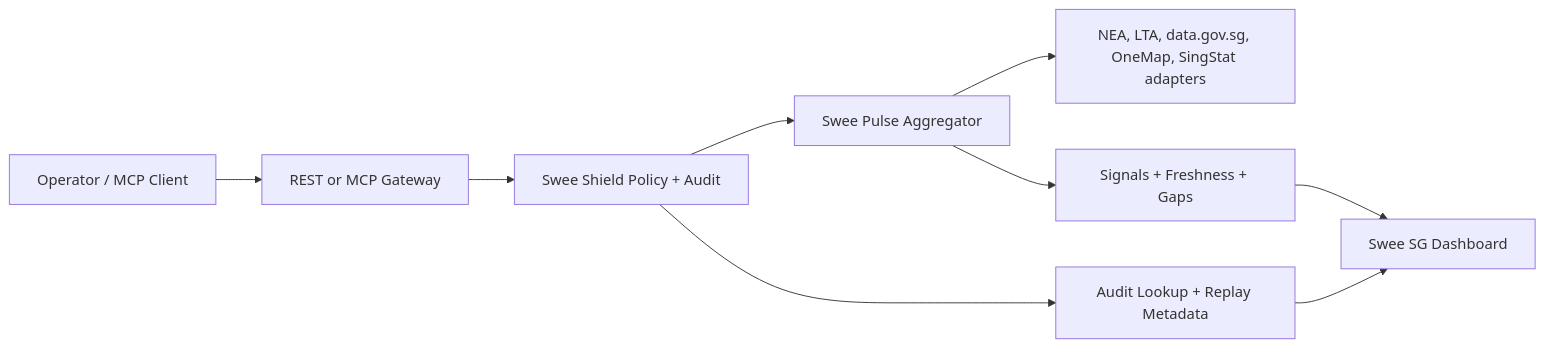
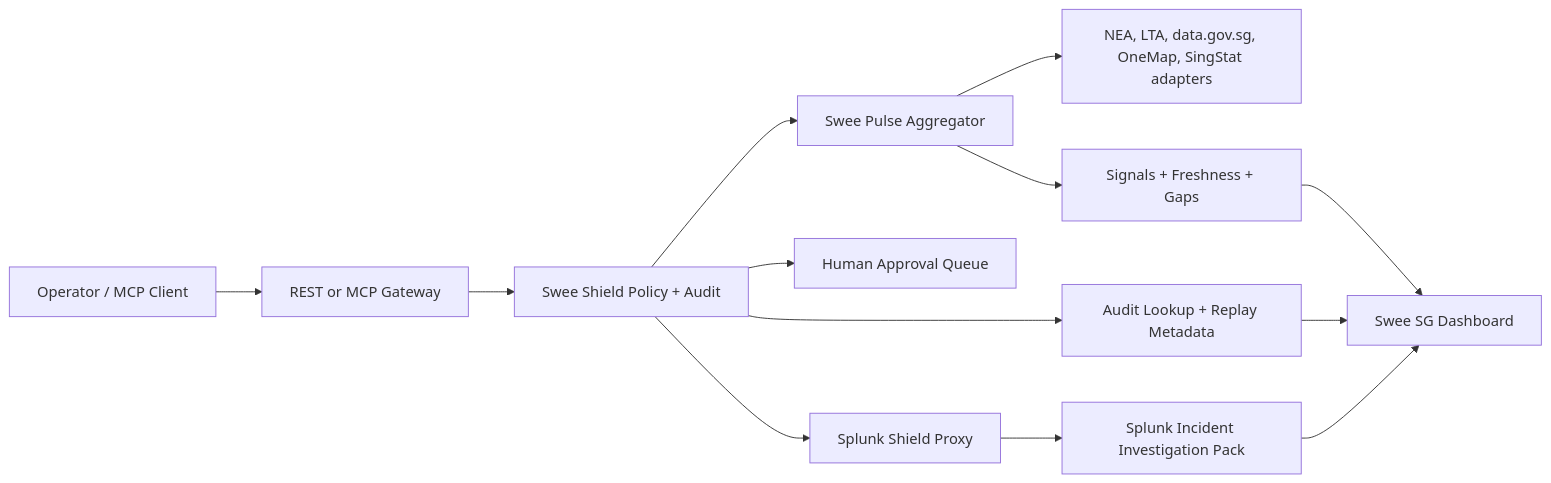
One commit to gongahkia/poor-cli changed the diagram in docs/architecture.md. Above: the diagram before and after it, drawn with Mermaid. The commit also changed other lines of this file and 31 other files, not shown here.

````diff
--- a/docs/architecture.md
+++ b/docs/architecture.md
@@ -10,11 +10,15 @@
 ```mermaid
 flowchart LR
   Operator["Operator / MCP Client"] --> Gateway["REST or MCP Gateway"]
   Gateway --> Shield["Swee Shield Policy + Audit"]
   Shield --> Pulse["Swee Pulse Aggregator"]
   Pulse --> Sources["NEA, LTA, data.gov.sg, OneMap, SingStat adapters"]
   Pulse --> Signals["Signals + Freshness + Gaps"]
   Signals --> Web["Swee SG Dashboard"]
   Shield --> Audit["Audit Lookup + Replay Metadata"]
   Audit --> Web
+  Shield --> Approval["Human Approval Queue"]
+  Shield --> Splunk["Splunk Shield Proxy"]
+  Splunk --> Pack["Splunk Incident Investigation Pack"]
+  Pack --> Web
 ```
````
